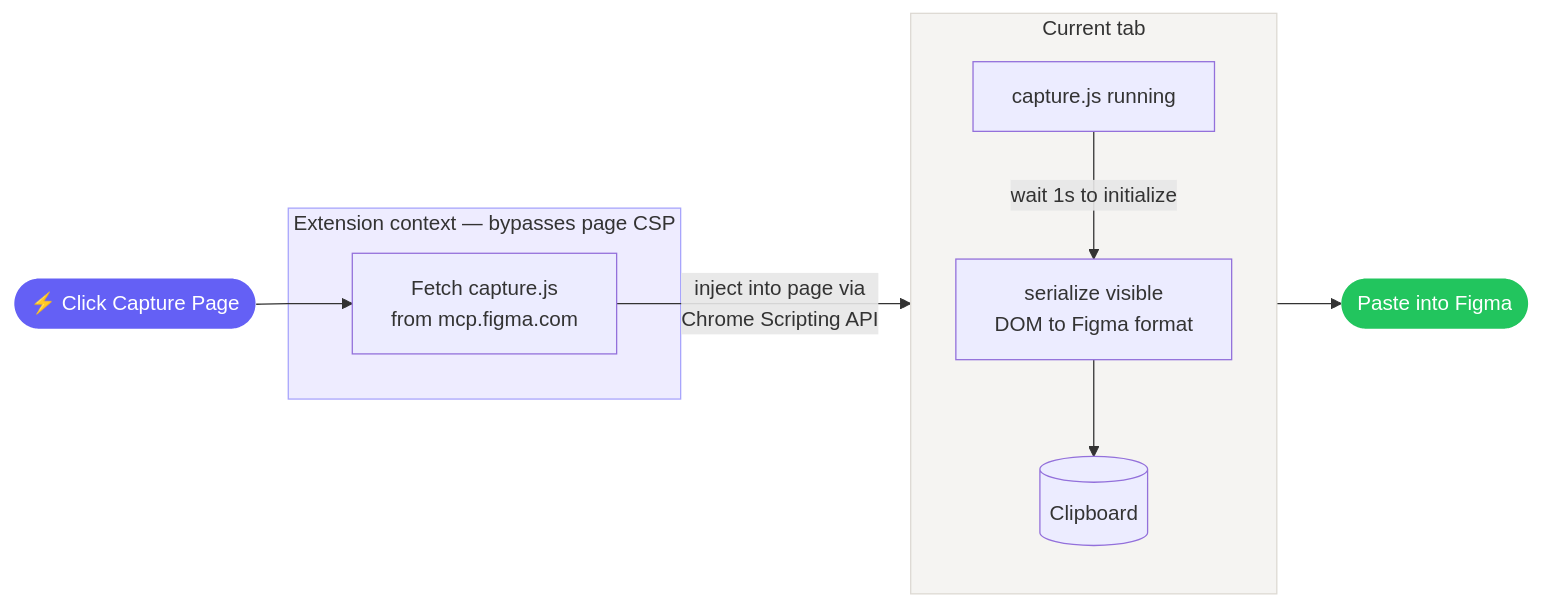
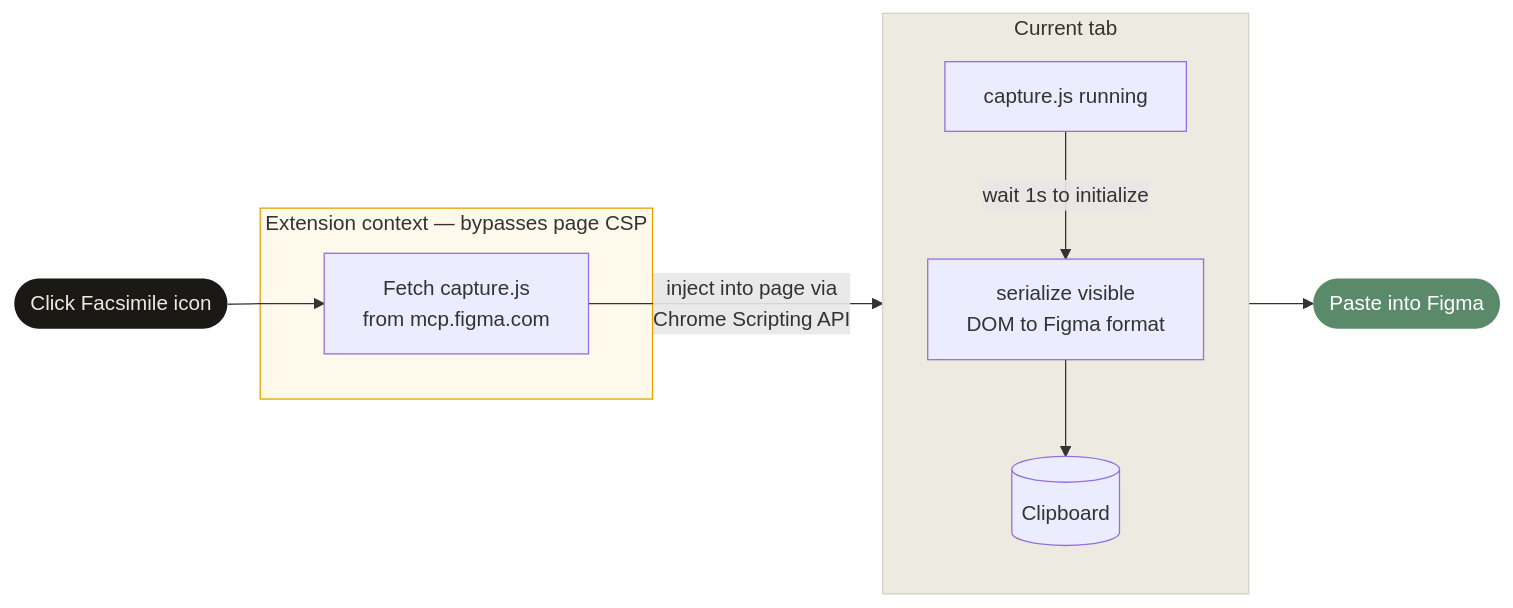
Before and after one commit to artisticmedic/url-to-figma: the diagram in README.md, drawn with Mermaid. The commit also changed other lines of this file and 2 other files, not shown here.

Commit message:
Auto-capture on popup open, updated docs and roadmap

````diff
--- a/README.md
+++ b/README.md
@@ -93,28 +88,28 @@
 ```mermaid
 flowchart LR
-    A([⚡ Click Capture Page])
+    A([Click Facsimile icon])
 
     A --> B
 
     subgraph ext ["Extension context — bypasses page CSP"]
         B["Fetch capture.js\nfrom mcp.figma.com"]
     end
 
     B -->|"inject into page via\nChrome Scripting API"| C
 
     subgraph tab ["Current tab"]
         direction TB
         C["capture.js running"]
         C -->|"wait 1s to initialize"| D["serialize visible\nDOM to Figma format"]
         D --> G[("Clipboard")]
     end
 
     G --> H([Paste into Figma])
 
-    classDef accent fill:#6460f5,stroke:none,color:#fff
-    classDef done fill:#22c55e,stroke:none,color:#fff
+    classDef accent fill:#1a1916,stroke:none,color:#edebe1
+    classDef done fill:#5a8a6a,stroke:none,color:#fff
     class A accent
     class H done
-    style ext fill:#eeecff,stroke:#a8a5fc
-    style tab fill:#f5f4f2,stroke:#ddd9d3
+    style ext fill:#fef9eb,stroke:#e8a000
+    style tab fill:#edebe1,stroke:#d4d1c8
 ```
````
